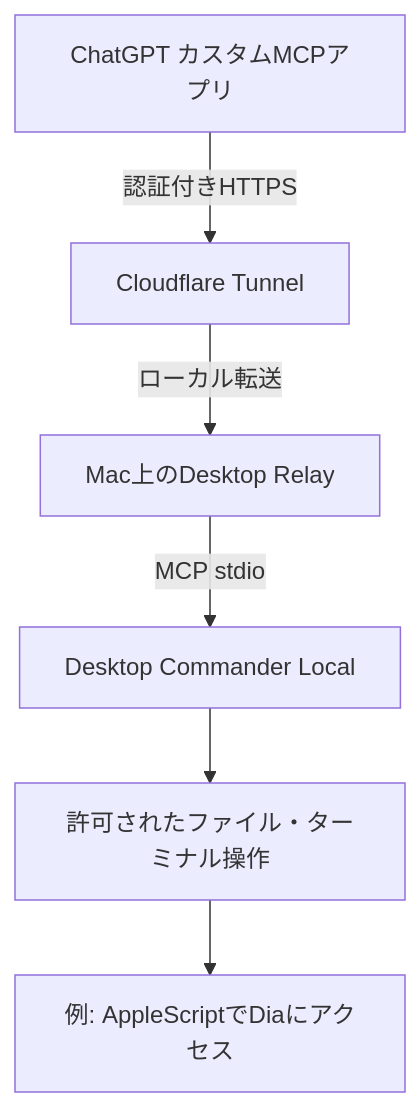
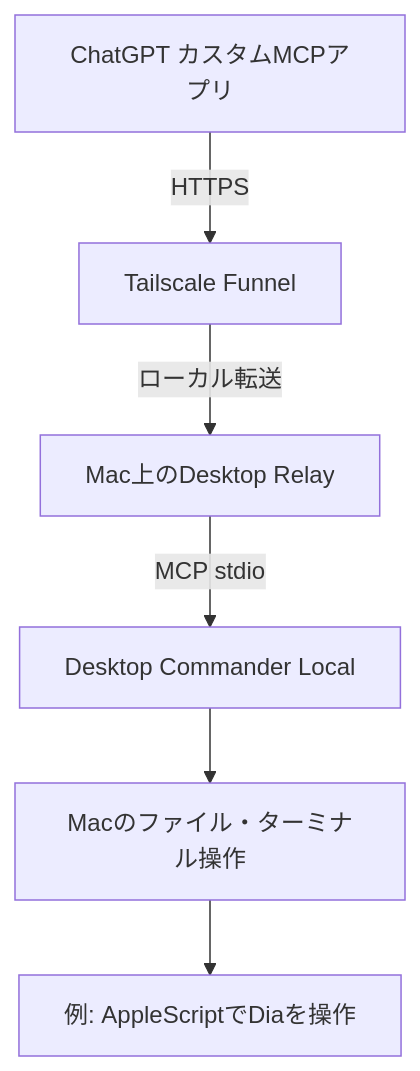
Before and after one commit to k1nyA/chatgpt-desktop-relay-repro: the diagram in README.md, drawn with Mermaid. The commit also changed other lines of this file and 5 other files, not shown here.

First line of the commit message:
docs: rewrite guide around the Tailscale Funnel foreground command

````diff
--- a/README.md
+++ b/README.md
@@ -17,8 +16,8 @@
 ```mermaid
 flowchart TD
-  A[ChatGPT カスタムMCPアプリ] -->|認証付きHTTPS| B[Cloudflare Tunnel]
+  A[ChatGPT カスタムMCPアプリ] -->|HTTPS| B[Tailscale Funnel]
   B -->|ローカル転送| C[Mac上のDesktop Relay]
   C -->|MCP stdio| D[Desktop Commander Local]
-  D --> E[許可されたファイル・ターミナル操作]
-  E --> F[例: AppleScriptでDiaにアクセス]
+  D --> E[Macのファイル・ターミナル操作]
+  E --> F[例: AppleScriptでDiaを操作]
 ```
````
